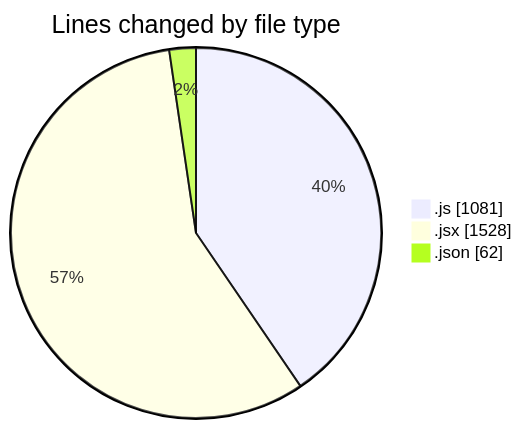
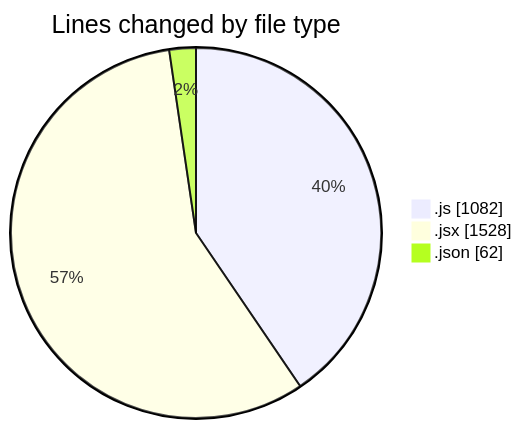
One commit to nxtqubesakshisongat/code-tracking changed the first of 2 diagrams in 2025-08-07/nxtqube_webapp/README.md. Above: the diagram before and after it, drawn with Mermaid. The commit also changed other lines of this file and 1 other file, not shown here.

````diff
--- a/2025-08-07/nxtqube_webapp/README.md
+++ b/2025-08-07/nxtqube_webapp/README.md
@@ -25,7 +25,7 @@
 ```mermaid
 pie showData
 title Lines changed by file type
-".js" : 1081
+".js" : 1082
 ".jsx" : 1528
 ".json" : 62
 ```
````
